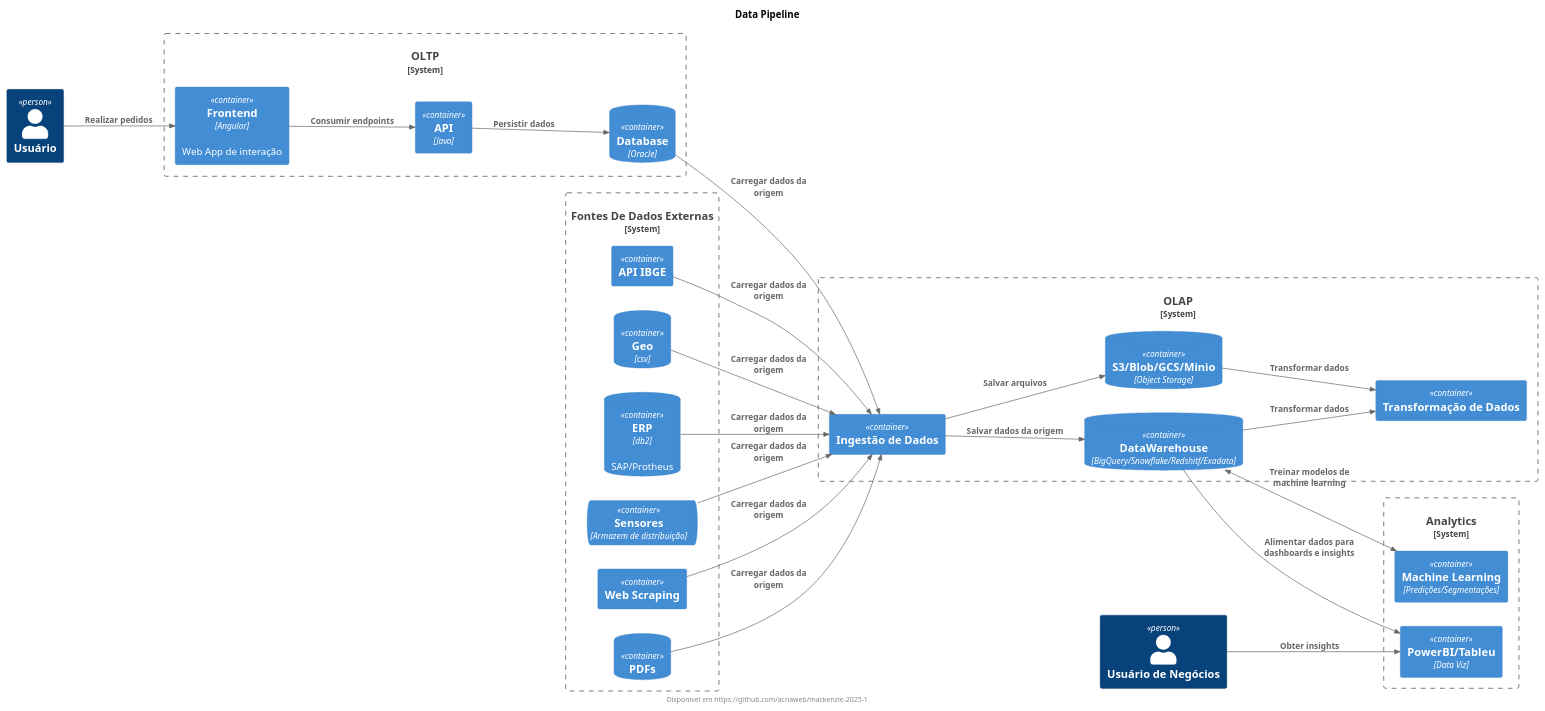
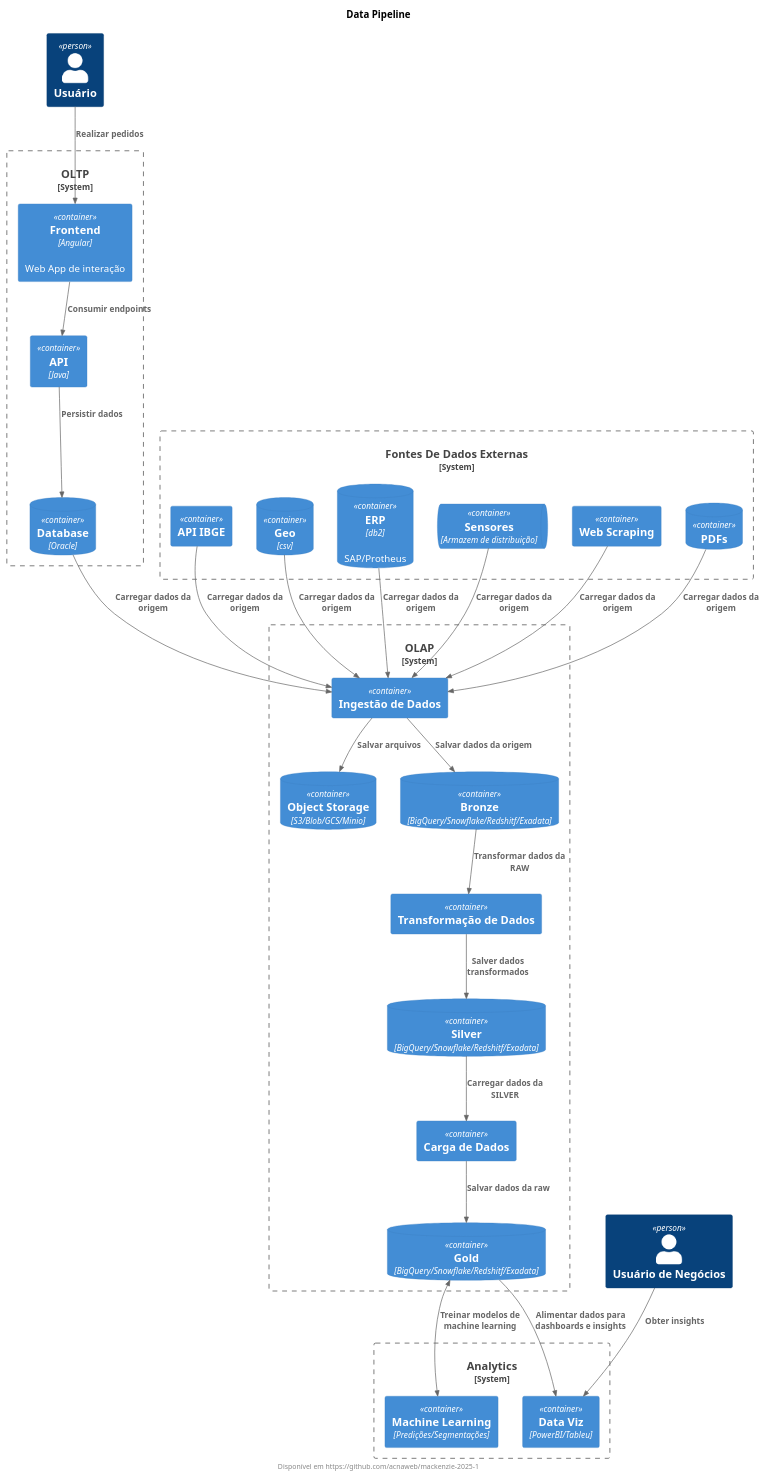
The diagram in diagrams/data_pipeline.puml (acnaweb/mackenzie-2025-1), drawn with PlantUML before and after one commit. The commit also changed 1 other file, not shown here.

```diff
--- a/diagrams/data_pipeline.puml
+++ b/diagrams/data_pipeline.puml
@@ -1,59 +1,66 @@
 @startuml diagram
 title Data Pipeline
 footer Disponível em https://github.com/acnaweb/mackenzie-2025-1
 
 !include https://raw.githubusercontent.com/plantuml-stdlib/C4-PlantUML/master/C4_Context.puml
 !include https://raw.githubusercontent.com/plantuml-stdlib/C4-PlantUML/master/C4_Container.puml
 
-LAYOUT_LANDSCAPE()
+
 
 Person(user, "Usuário")
 Person(user_business, "Usuário de Negócios")
 
 System_Boundary(oltp, "OLTP"){
     Container(frontend, "Frontend", "Angular", "Web App de interação")
     Container(api, "API", "Java")
     ContainerDb(db, "Database", "Oracle")
 }
 
 System_Boundary(data_sources, "Fontes De Dados Externas"){
     Container(ibge, "API IBGE")
     ContainerDb(correio, "Geo", "csv")
     ContainerDb(erp, "ERP", "db2", "SAP/Protheus")
     ContainerQueue(iot, "Sensores", "Armazem de distribuição")
     Container(scraping, "Web Scraping")
     ContainerDb(pdf, "PDFs")
 }
 System_Boundary(olap, "OLAP"){
     Container(extraction, "Ingestão de Dados")
-    ContainerDb(object_storage, "S3/Blob/GCS/Minio", "Object Storage")
-    ContainerDb(dw, "DataWarehouse", "BigQuery/Snowflake/Redshitf/Exadata")
     Container(transformation, "Transformação de Dados")
+    Container(load, "Carga de Dados")
 
-    Rel(extraction, dw, "Salvar dados da origem")
+    ContainerDb(object_storage, "Object Storage", "S3/Blob/GCS/Minio")
+    ContainerDb(raw, "Bronze", "BigQuery/Snowflake/Redshitf/Exadata")
+    ContainerDb(silver, "Silver", "BigQuery/Snowflake/Redshitf/Exadata")
+    ContainerDb(dw, "Gold", "BigQuery/Snowflake/Redshitf/Exadata")
+
+    Rel(extraction, raw, "Salvar dados da origem")
+    Rel(raw, transformation, "Transformar dados da RAW")
+    Rel(transformation, silver, "Salver dados transformados")
+
+    Rel(silver, load, "Carregar dados da SILVER")
+    Rel(load, dw, "Salvar dados da raw")
     Rel(extraction, object_storage, "Salvar arquivos")
-    Rel(dw, transformation, "Transformar dados")
-    Rel(object_storage, transformation, "Transformar dados")
 }
 
 System_Boundary(analytics, "Analytics"){
-    Container(dataviz, "PowerBI/Tableu", "Data Viz")
+    Container(dataviz, "Data Viz", "PowerBI/Tableu")
     Container(ml, "Machine Learning", "Predições/Segmentações")
 }
 
 Rel(user, frontend, "Realizar pedidos")
 Rel(user_business, dataviz, "Obter insights")
 
 Rel(frontend, api, "Consumir endpoints")
 Rel(api, db, "Persistir dados")
 Rel(db, extraction, "Carregar dados da origem")
 Rel(ibge, extraction, "Carregar dados da origem")
 Rel(correio, extraction, "Carregar dados da origem")
 Rel(erp, extraction, "Carregar dados da origem")
 Rel(iot, extraction, "Carregar dados da origem")
 Rel(scraping, extraction, "Carregar dados da origem")
 Rel(pdf, extraction, "Carregar dados da origem")
 Rel(dw, dataviz, "Alimentar dados para dashboards e insights")
 BiRel(dw, ml, "Treinar modelos de machine learning")
 
 @enduml
```
